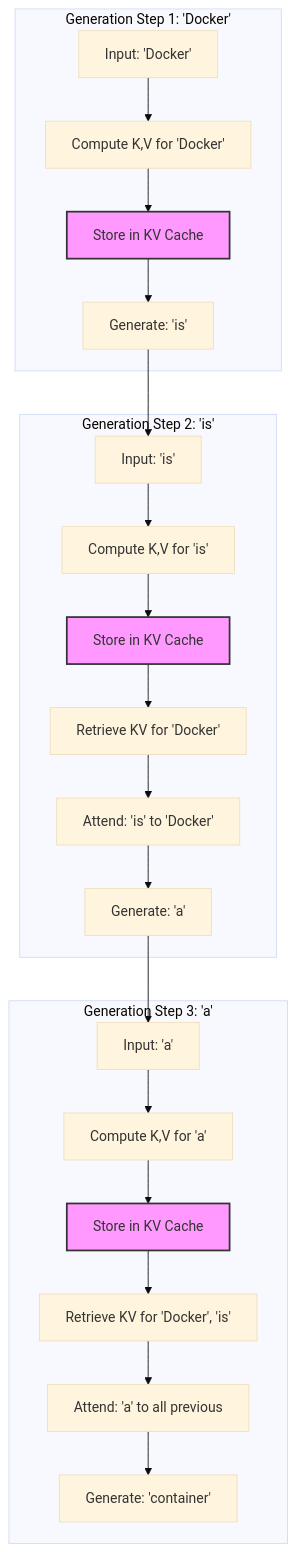
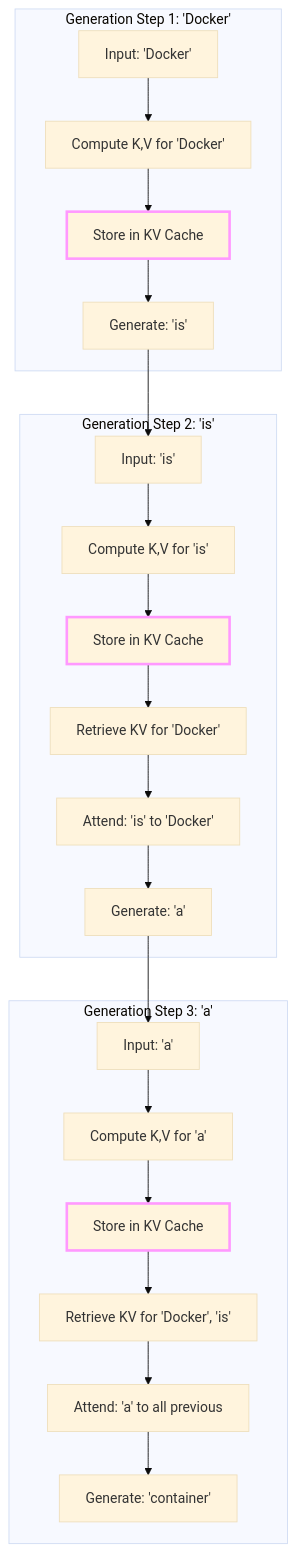
One commit to Shaddix/mostlylucidweb changed the sixth of 9 diagrams in Mostlylucid/Markdown/rag-primer.md. Above: the diagram before and after it, drawn with Mermaid (base theme). The commit also changed other lines of this file and 7 other files, not shown here.

````diff
--- a/Mostlylucid/Markdown/rag-primer.md
+++ b/Mostlylucid/Markdown/rag-primer.md
@@ -723,31 +779,31 @@
 ```mermaid
 flowchart TB
     subgraph "Generation Step 1: 'Docker'"
         A1[Input: 'Docker'] --> B1[Compute K,V for 'Docker']
         B1 --> C1[Store in KV Cache]
         C1 --> D1[Generate: 'is']
     end
 
     subgraph "Generation Step 2: 'is'"
         A2[Input: 'is'] --> B2[Compute K,V for 'is']
         B2 --> C2[Store in KV Cache]
         C2 --> E2[Retrieve KV for 'Docker']
         E2 --> F2[Attend: 'is' to 'Docker']
         F2 --> D2[Generate: 'a']
     end
 
     subgraph "Generation Step 3: 'a'"
         A3[Input: 'a'] --> B3[Compute K,V for 'a']
         B3 --> C3[Store in KV Cache]
         C3 --> E3[Retrieve KV for 'Docker', 'is']
         E3 --> F3[Attend: 'a' to all previous]
         F3 --> D3[Generate: 'container']
     end
 
     D1 --> A2
     D2 --> A3
 
-    style C1 fill:#f9f,stroke:#333,stroke-width:2px
-    style C2 fill:#f9f,stroke:#333,stroke-width:2px
-    style C3 fill:#f9f,stroke:#333,stroke-width:2px
+    style C1 stroke:#f9f,stroke-width:3px
+    style C2 stroke:#f9f,stroke-width:3px
+    style C3 stroke:#f9f,stroke-width:3px
 ```
````
